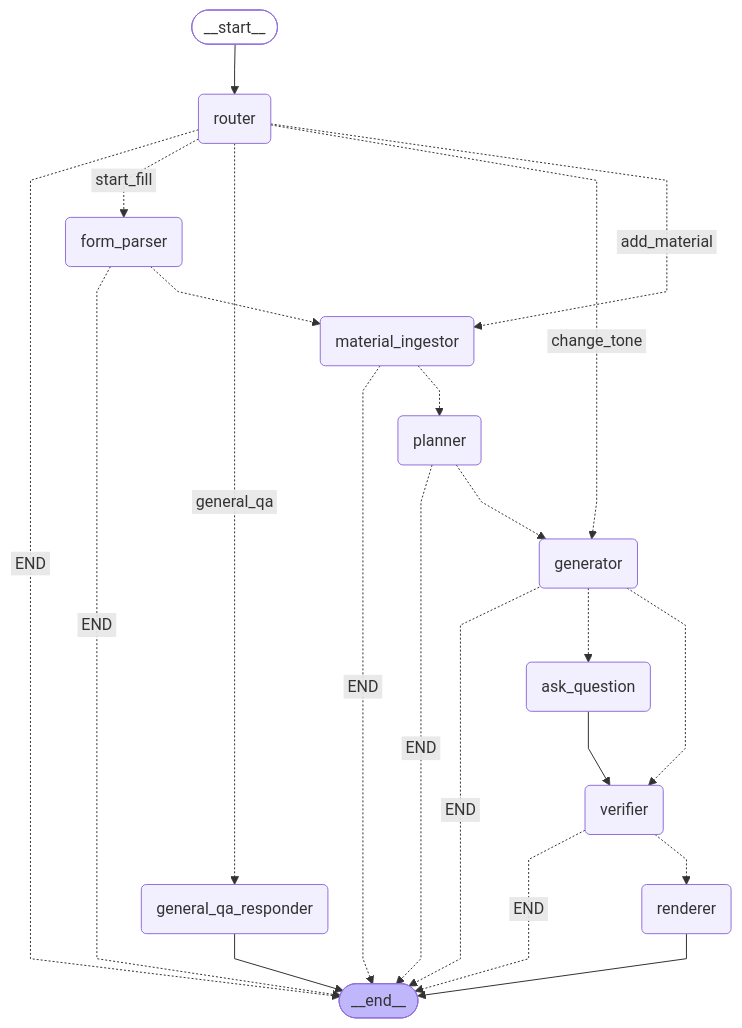
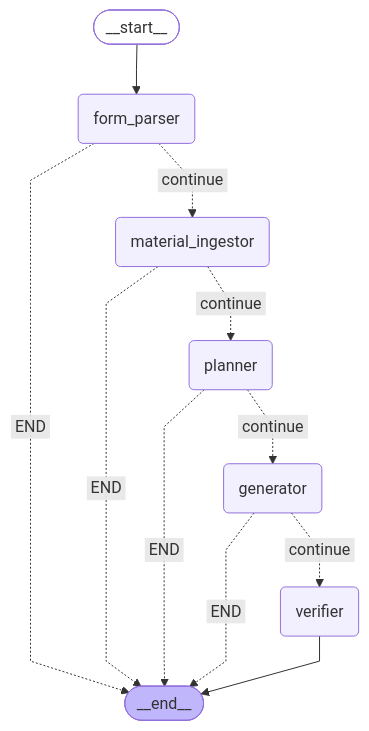
Before and after one commit to soma17th-ai59/Yoo: the diagram in docs/graph.mmd, drawn with Mermaid. The commit also changed 14 other files, not shown here.

First line of the commit message:
refactor(graph): structured DraftItem.status replaces draft-text markers

```diff
--- a/docs/graph.mmd
+++ b/docs/graph.mmd
@@ -1,40 +1,26 @@
 ---
 config:
   flowchart:
     curve: linear
 ---
 graph TD;
 	__start__([<p>__start__</p>]):::first
-	router(router)
 	form_parser(form_parser)
 	material_ingestor(material_ingestor)
 	planner(planner)
 	generator(generator)
-	ask_question(ask_question)
 	verifier(verifier)
-	renderer(renderer)
-	general_qa_responder(general_qa_responder)
 	__end__([<p>__end__</p>]):::last
-	__start__ --> router;
-	ask_question --> verifier;
+	__start__ --> form_parser;
 	form_parser -. &nbsp;END&nbsp; .-> __end__;
-	form_parser -.-> material_ingestor;
+	form_parser -. &nbsp;continue&nbsp; .-> material_ingestor;
 	generator -. &nbsp;END&nbsp; .-> __end__;
-	generator -.-> ask_question;
-	generator -.-> verifier;
+	generator -. &nbsp;continue&nbsp; .-> verifier;
 	material_ingestor -. &nbsp;END&nbsp; .-> __end__;
-	material_ingestor -.-> planner;
+	material_ingestor -. &nbsp;continue&nbsp; .-> planner;
 	planner -. &nbsp;END&nbsp; .-> __end__;
-	planner -.-> generator;
-	router -. &nbsp;END&nbsp; .-> __end__;
-	router -. &nbsp;start_fill&nbsp; .-> form_parser;
-	router -. &nbsp;general_qa&nbsp; .-> general_qa_responder;
-	router -. &nbsp;change_tone&nbsp; .-> generator;
-	router -. &nbsp;add_material&nbsp; .-> material_ingestor;
-	verifier -. &nbsp;END&nbsp; .-> __end__;
-	verifier -.-> renderer;
-	general_qa_responder --> __end__;
-	renderer --> __end__;
+	planner -. &nbsp;continue&nbsp; .-> generator;
+	verifier --> __end__;
 	classDef default fill:#f2f0ff,line-height:1.2
 	classDef first fill-opacity:0
 	classDef last fill:#bfb6fc
```
